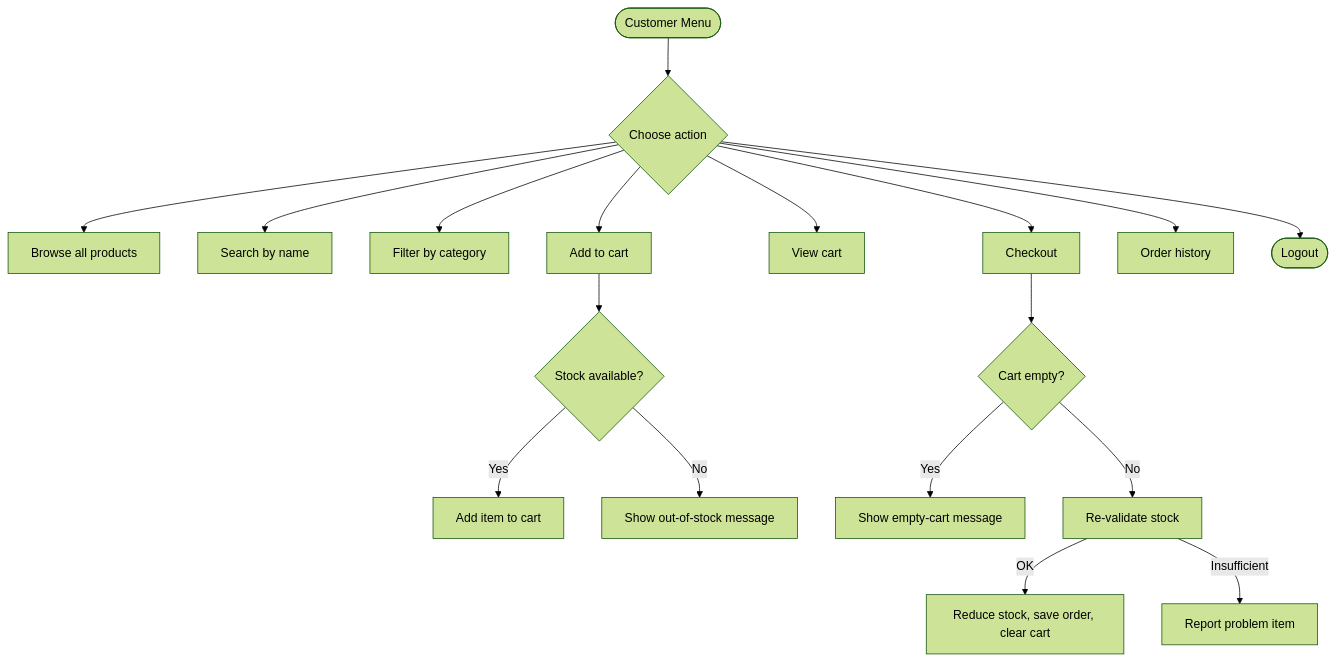
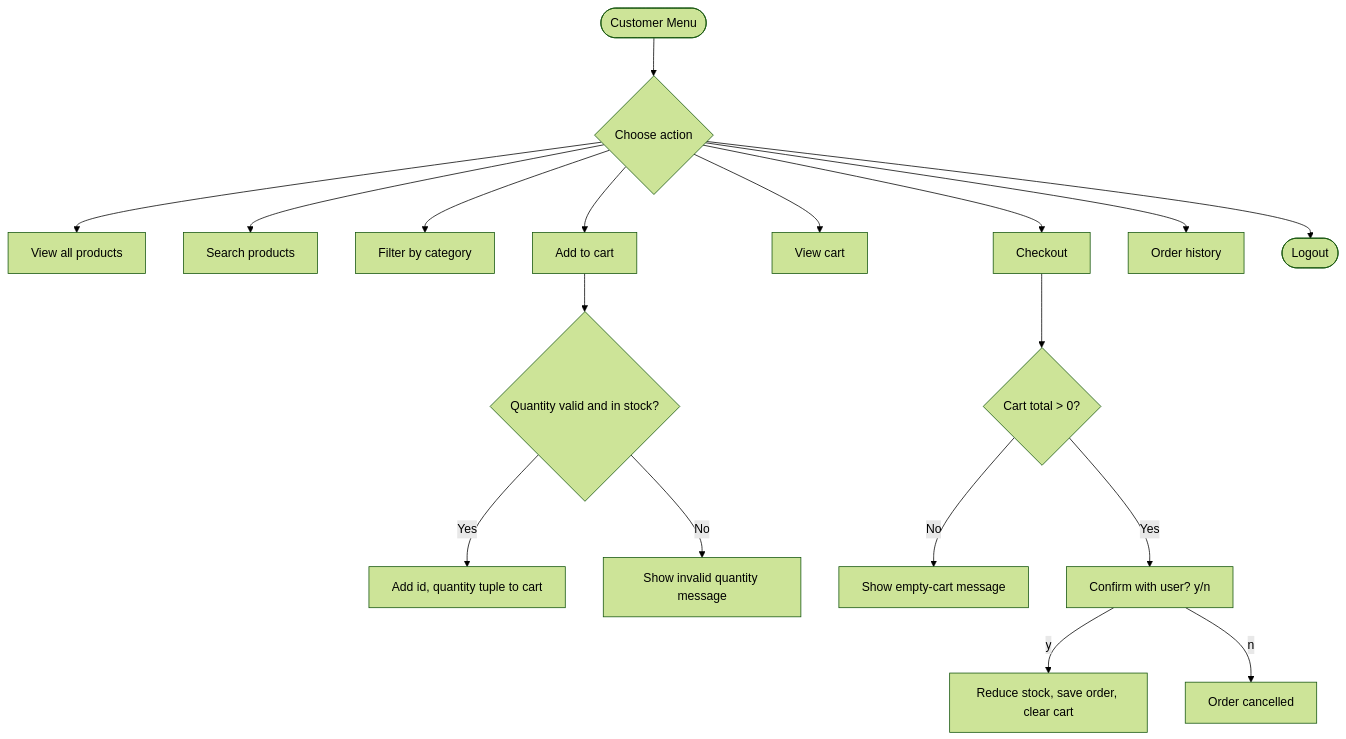
Before and after one commit to Tannu980/GreenCart: the fifth of 8 diagrams in README.md, drawn with Mermaid (forest theme). The commit also changed other lines of this file, not shown here.

````diff
--- a/README.md
+++ b/README.md
@@ -208,22 +204,22 @@
 ```mermaid
 flowchart TD
     C0([Customer Menu]) --> C1{Choose action}
-    C1 --> B1[Browse all products]
-    C1 --> B2[Search by name]
+    C1 --> B1[View all products]
+    C1 --> B2[Search products]
     C1 --> B3[Filter by category]
     C1 --> B4[Add to cart]
     C1 --> B5[View cart]
     C1 --> B6[Checkout]
     C1 --> B7[Order history]
     C1 --> B8([Logout])
 
-    B4 --> V1{Stock available?}
-    V1 -->|Yes| B4A[Add item to cart]
-    V1 -->|No| B4B[Show out-of-stock message]
+    B4 --> V1{Quantity valid and in stock?}
+    V1 -->|Yes| B4A[Add id, quantity tuple to cart]
+    V1 -->|No| B4B[Show invalid quantity message]
 
-    B6 --> V2{Cart empty?}
-    V2 -->|Yes| B6A[Show empty-cart message]
-    V2 -->|No| B6B[Re-validate stock]
-    B6B -->|OK| B6C[Reduce stock, save order, clear cart]
-    B6B -->|Insufficient| B6D[Report problem item]
+    B6 --> V2{Cart total > 0?}
+    V2 -->|No| B6A[Show empty-cart message]
+    V2 -->|Yes| B6B[Confirm with user? y/n]
+    B6B -->|y| B6C[Reduce stock, save order, clear cart]
+    B6B -->|n| B6D[Order cancelled]
 ```
````
